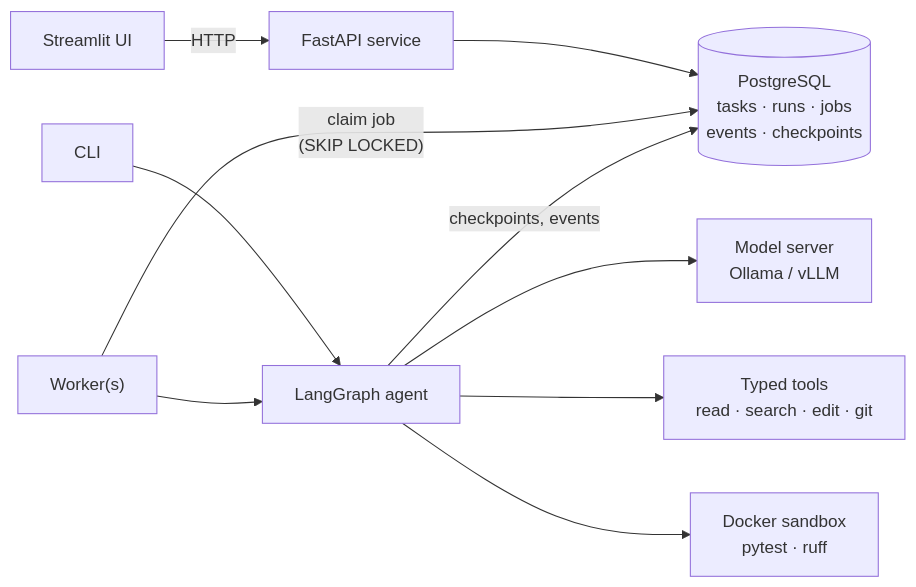
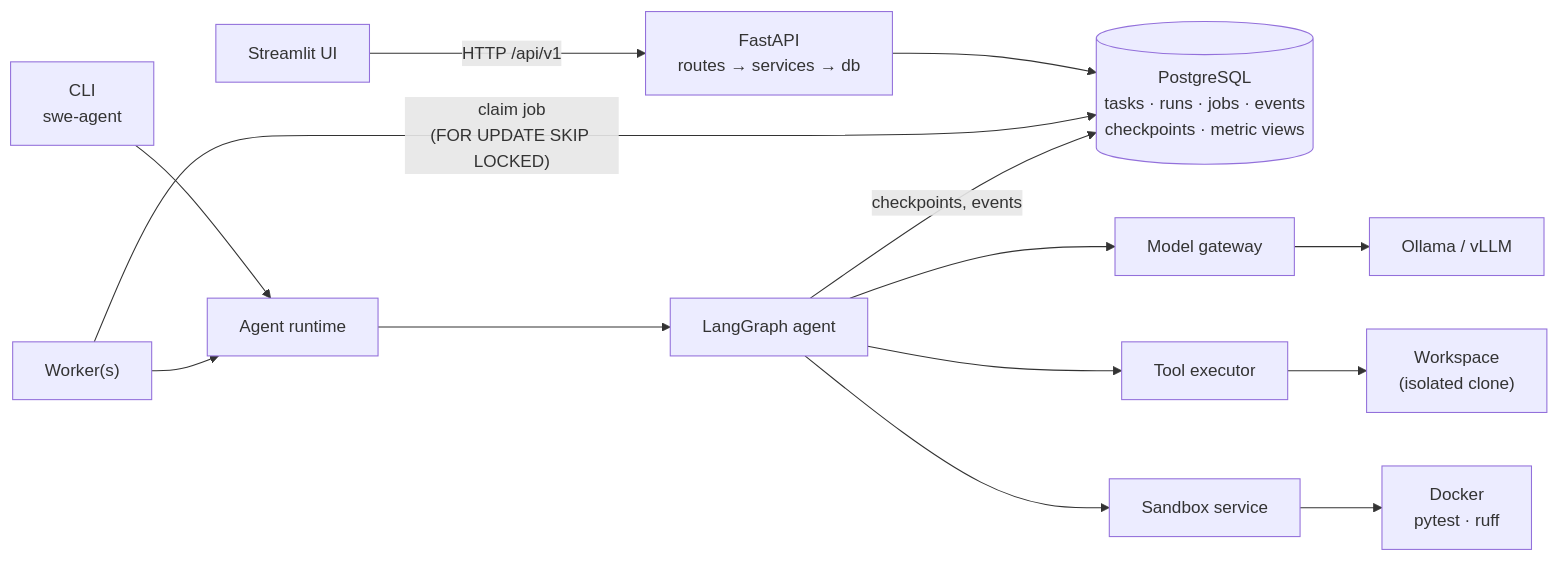
The first of 2 diagrams in README.md (Sindoo24/Autonomous-SWE-Agent), drawn with Mermaid before and after one commit. The commit also changed other lines of this file, not shown here.

````diff
--- a/README.md
+++ b/README.md
@@ -47,12 +58,13 @@
 ```mermaid
 flowchart LR
-    UI["Streamlit UI"] -->|HTTP| API["FastAPI service"]
-    CLI["CLI"] --> AG
-    API --> DB[("PostgreSQL<br/>tasks · runs · jobs<br/>events · checkpoints")]
-    W["Worker(s)"] -->|"claim job<br/>(SKIP LOCKED)"| DB
-    W --> AG["LangGraph agent"]
-    AG -->|"checkpoints, events"| DB
-    AG --> LLM["Model server<br/>Ollama / vLLM"]
-    AG --> TOOLS["Typed tools<br/>read · search · edit · git"]
-    AG --> SB["Docker sandbox<br/>pytest · ruff"]
+    UI["Streamlit UI"] -->|HTTP /api/v1| API["FastAPI<br/>routes → services → db"]
+    CLI["CLI<br/>swe-agent"] --> RT
+    API --> DB[("PostgreSQL<br/>tasks · runs · jobs · events<br/>checkpoints · metric views")]
+    W["Worker(s)"] -->|"claim job<br/>(FOR UPDATE SKIP LOCKED)"| DB
+    W --> RT["Agent runtime"]
+    RT --> G["LangGraph agent"]
+    G -->|checkpoints, events| DB
+    G --> GW["Model gateway"] --> LLM["Ollama / vLLM"]
+    G --> EX["Tool executor"] --> WS["Workspace<br/>(isolated clone)"]
+    G --> SB["Sandbox service"] --> D["Docker<br/>pytest · ruff"]
 ```
````
